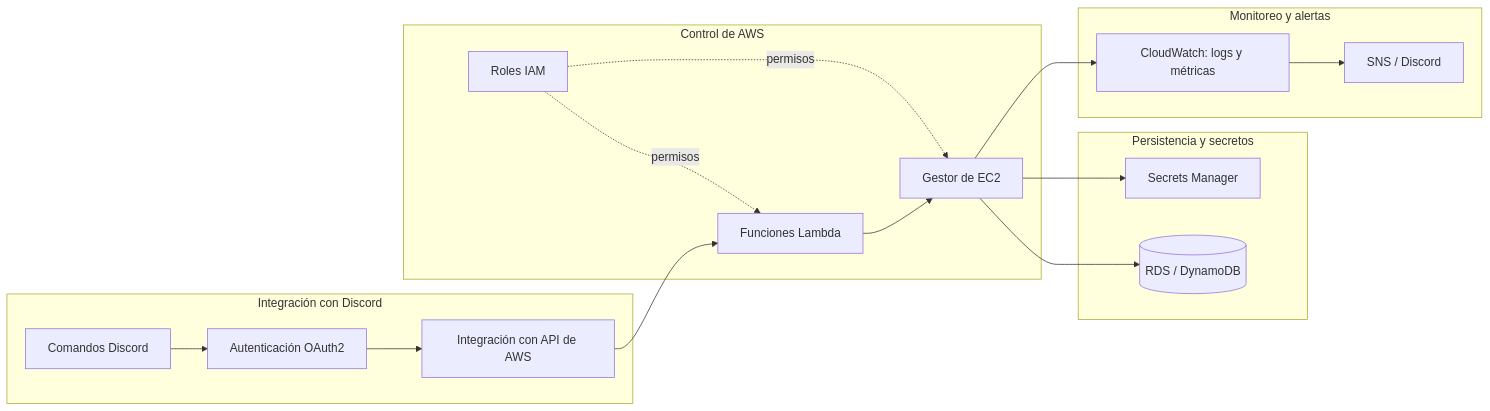
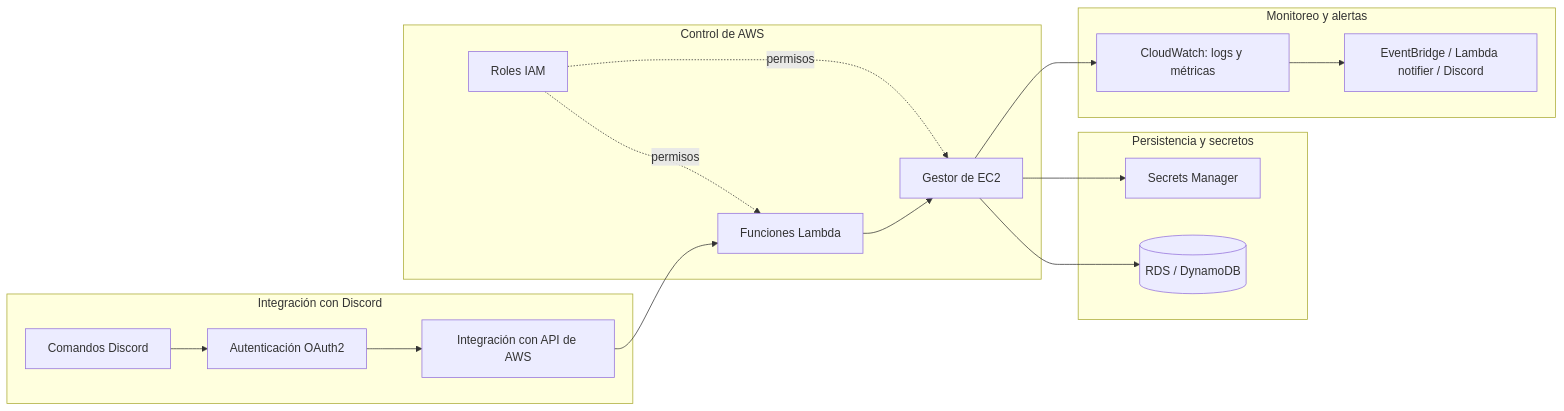
The third of 3 diagrams in docs/architecture.md (CandeGP/AwsInstancesBot), drawn with Mermaid before and after one commit. The commit also changed other lines of this file and 22 other files, not shown here.

````diff
--- a/docs/architecture.md
+++ b/docs/architecture.md
@@ -55,35 +55,35 @@
 ```mermaid
 flowchart LR
 	subgraph Discord[Integración con Discord]
 		commands[Comandos Discord]
 		oauth[Autenticación OAuth2]
 		api[Integración con API de AWS]
 		commands --> oauth
 		oauth --> api
 	end
 
 	subgraph Control[Control de AWS]
 		lambda[Funciones Lambda]
 		ec2manager[Gestor de EC2]
 		iam[Roles IAM]
 		lambda --> ec2manager
 		iam -. permisos .-> lambda
 		iam -. permisos .-> ec2manager
 	end
 
 	subgraph Persistence[Persistencia y secretos]
 		database[(RDS / DynamoDB)]
 		secrets[Secrets Manager]
 	end
 
 	subgraph Monitoring[Monitoreo y alertas]
 		cloudwatch[CloudWatch: logs y métricas]
-		sns[SNS / Discord]
+		sns[EventBridge / Lambda notifier / Discord]
 		cloudwatch --> sns
 	end
 
 	api --> lambda
 	ec2manager --> database
 	ec2manager --> secrets
 	ec2manager --> cloudwatch
 ```
````
